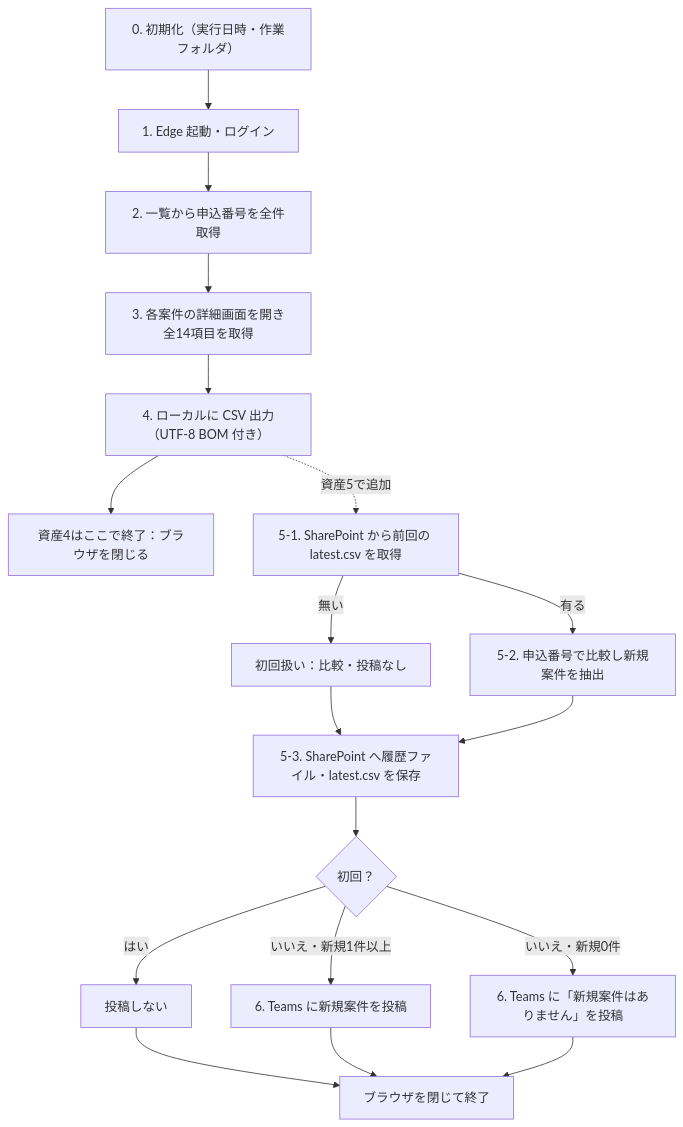
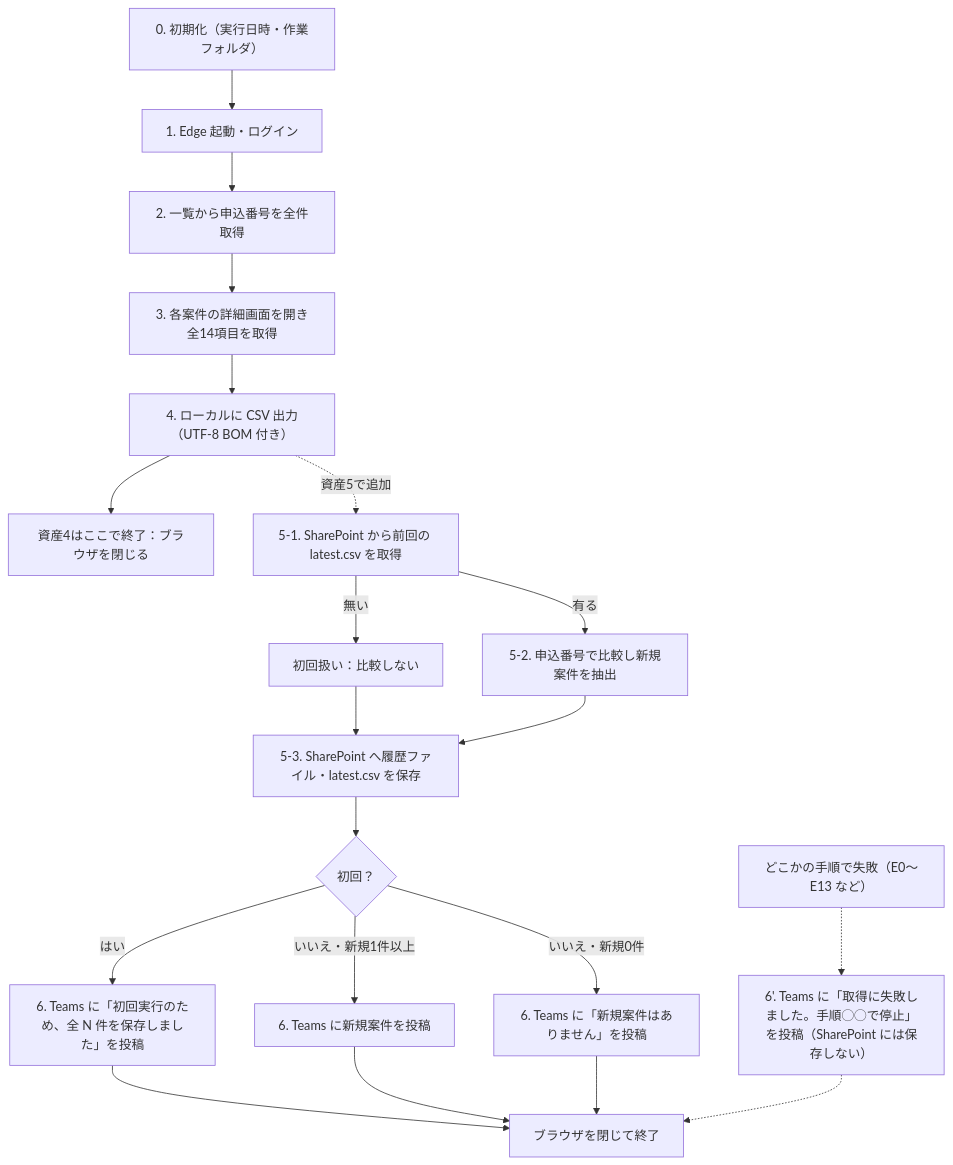
One commit to nishizawa8211/demo changed the diagram in docs/flow.md. Above: the diagram before and after it, drawn with Mermaid. The commit also changed other lines of this file and 4 other files, not shown here.

````diff
--- a/docs/flow.md
+++ b/docs/flow.md
@@ -36,20 +36,22 @@
 ```mermaid
 flowchart TD
     A["0. 初期化（実行日時・作業フォルダ）"] --> B["1. Edge 起動・ログイン"]
     B --> C["2. 一覧から申込番号を全件取得"]
     C --> D["3. 各案件の詳細画面を開き全14項目を取得"]
     D --> E["4. ローカルに CSV 出力（UTF-8 BOM 付き）"]
     E --> Z0["資産4はここで終了：ブラウザを閉じる"]
     E -.->|"資産5で追加"| F["5-1. SharePoint から前回の latest.csv を取得"]
-    F -->|"無い"| G1["初回扱い：比較・投稿なし"]
+    F -->|"無い"| G1["初回扱い：比較しない"]
     F -->|"有る"| H["5-2. 申込番号で比較し新規案件を抽出"]
     G1 --> I["5-3. SharePoint へ履歴ファイル・latest.csv を保存"]
     H --> I
     I --> J{"初回？"}
-    J -->|"はい"| K["投稿しない"]
+    J -->|"はい"| K["6. Teams に「初回実行のため、全 N 件を保存しました」を投稿"]
     J -->|"いいえ・新規1件以上"| L["6. Teams に新規案件を投稿"]
     J -->|"いいえ・新規0件"| M["6. Teams に「新規案件はありません」を投稿"]
     K --> Z["ブラウザを閉じて終了"]
     L --> Z
     M --> Z
+    X["どこかの手順で失敗（E0〜E13 など）"] -.-> Y["6'. Teams に「取得に失敗しました。手順◯◯で停止」を投稿（SharePoint には保存しない）"]
+    Y -.-> Z
 ```
````
